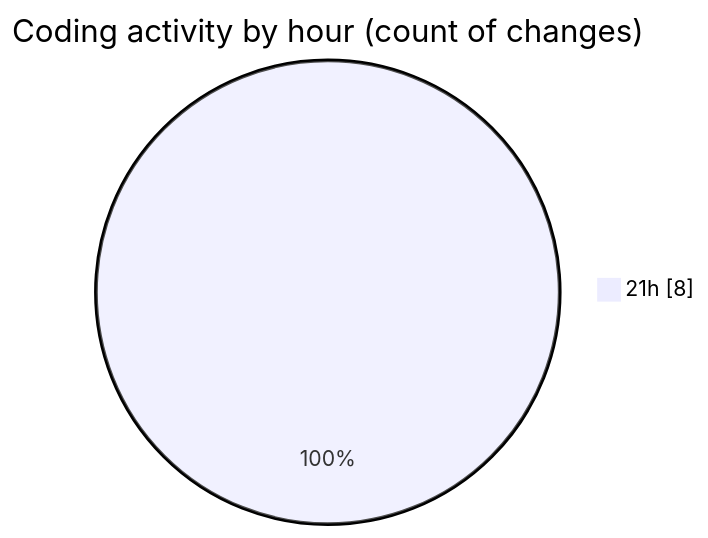
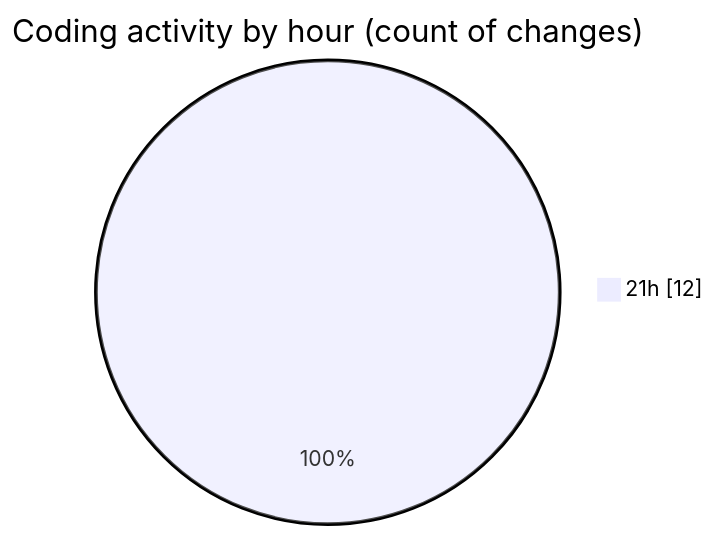
The second of 2 diagrams in 2025-03-10/termonied_testador/README.md (robertbonfada/code-tracking), drawn with Mermaid before and after one commit. The commit also changed other lines of this file and 1 other file, not shown here.

````diff
--- a/2025-03-10/termonied_testador/README.md
+++ b/2025-03-10/termonied_testador/README.md
@@ -28,5 +29,5 @@
 ```mermaid
 pie showData
 title Coding activity by hour (count of changes)
-"21h" : 8
+"21h" : 12
 ```
````
